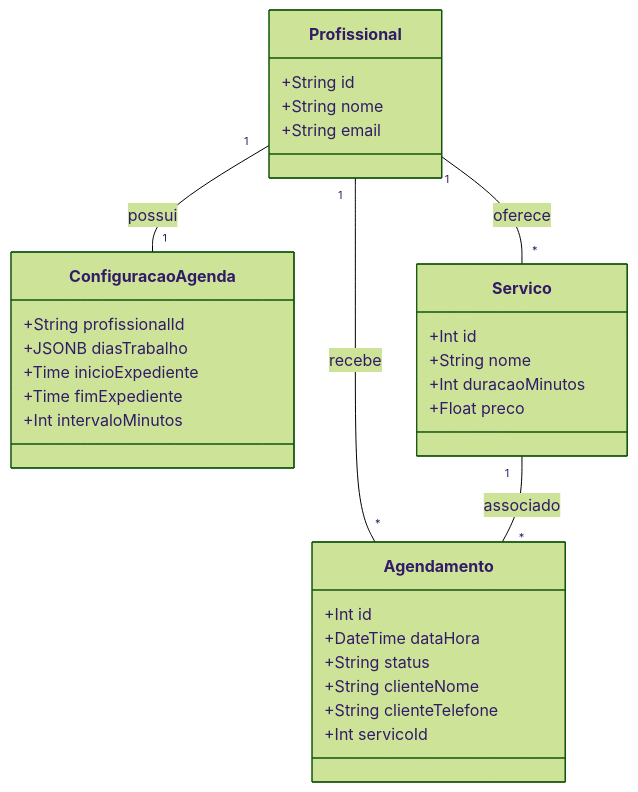
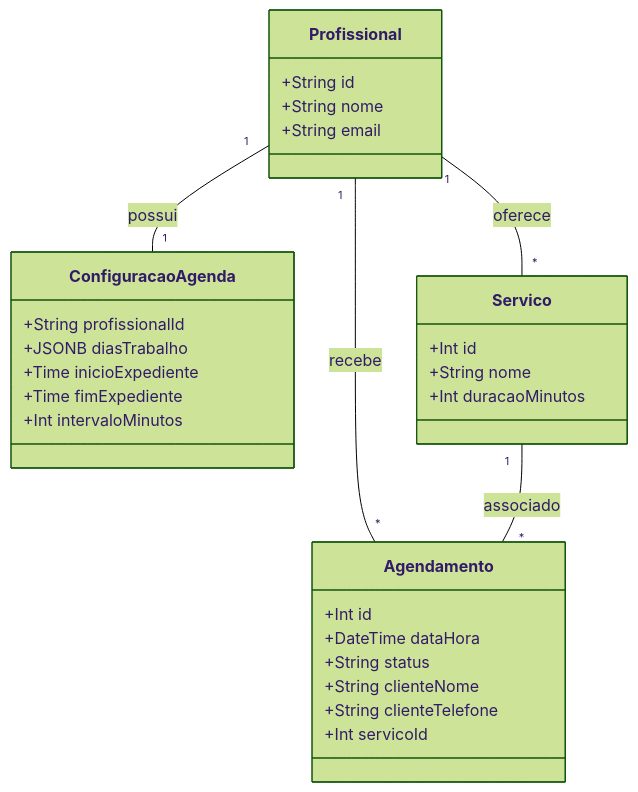
Before and after one commit to A-Mafioletti/Gerenciador-de-Agendamentos: the diagram in docs/diagramas/classes.md, drawn with Mermaid (forest theme).

Commit message:
Remove 'preco' from Servico class
Removed 'preco' attribute from Servico class.

````diff
--- a/docs/diagramas/classes.md
+++ b/docs/diagramas/classes.md
@@ -5,37 +5,36 @@
 ```mermaid
 classDiagram
   class Profissional {
     +String id
     +String nome
     +String email
   }
   
   class ConfiguracaoAgenda {
     +String profissionalId
     +JSONB diasTrabalho
     +Time inicioExpediente
     +Time fimExpediente
     +Int intervaloMinutos
   }
   
   class Servico {
     +Int id
     +String nome
     +Int duracaoMinutos
-    +Float preco
-  }
+    }
   
   class Agendamento {
     +Int id
     +DateTime dataHora
     +String status
     +String clienteNome
     +String clienteTelefone
     +Int servicoId
   }
   
   Profissional "1" -- "1" ConfiguracaoAgenda : possui
   Profissional "1" -- "*" Servico : oferece
   Profissional "1" -- "*" Agendamento : recebe
   Servico "1" -- "*" Agendamento : associado
 ```
````
